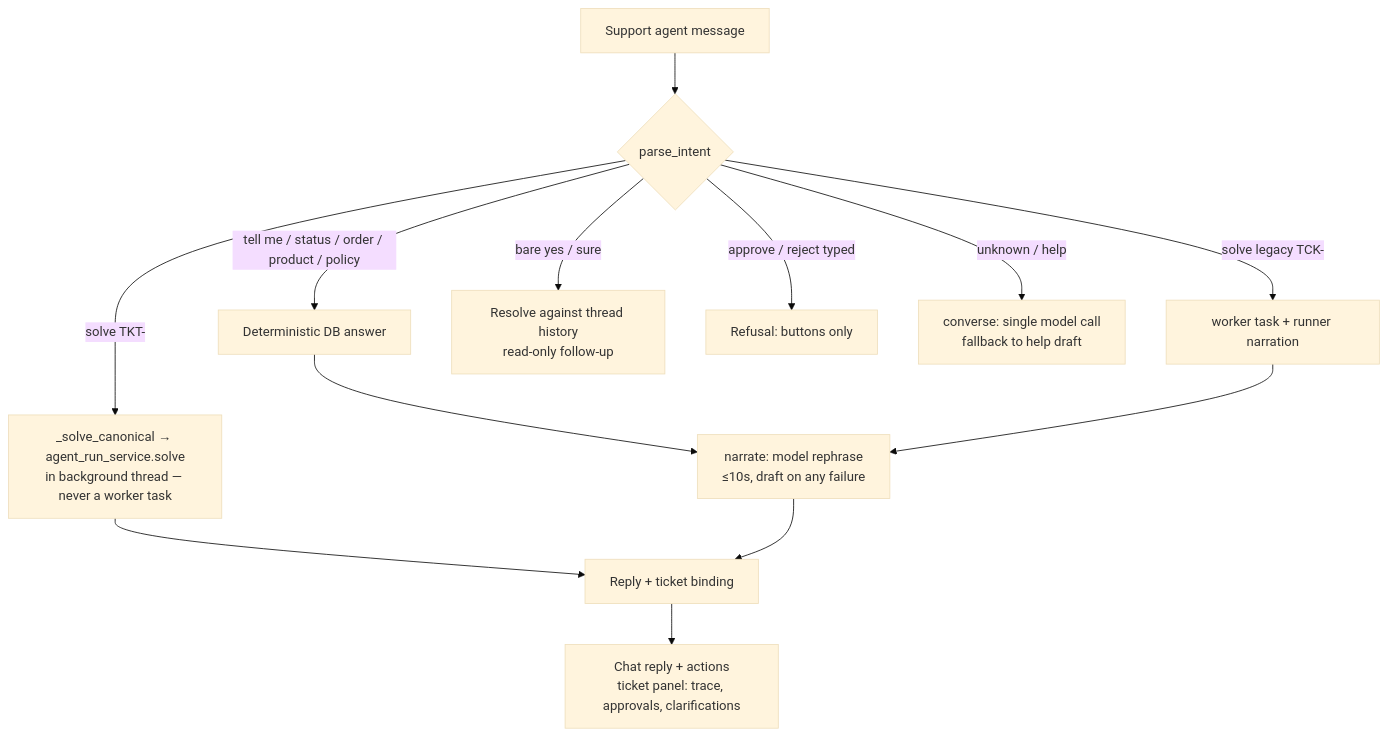
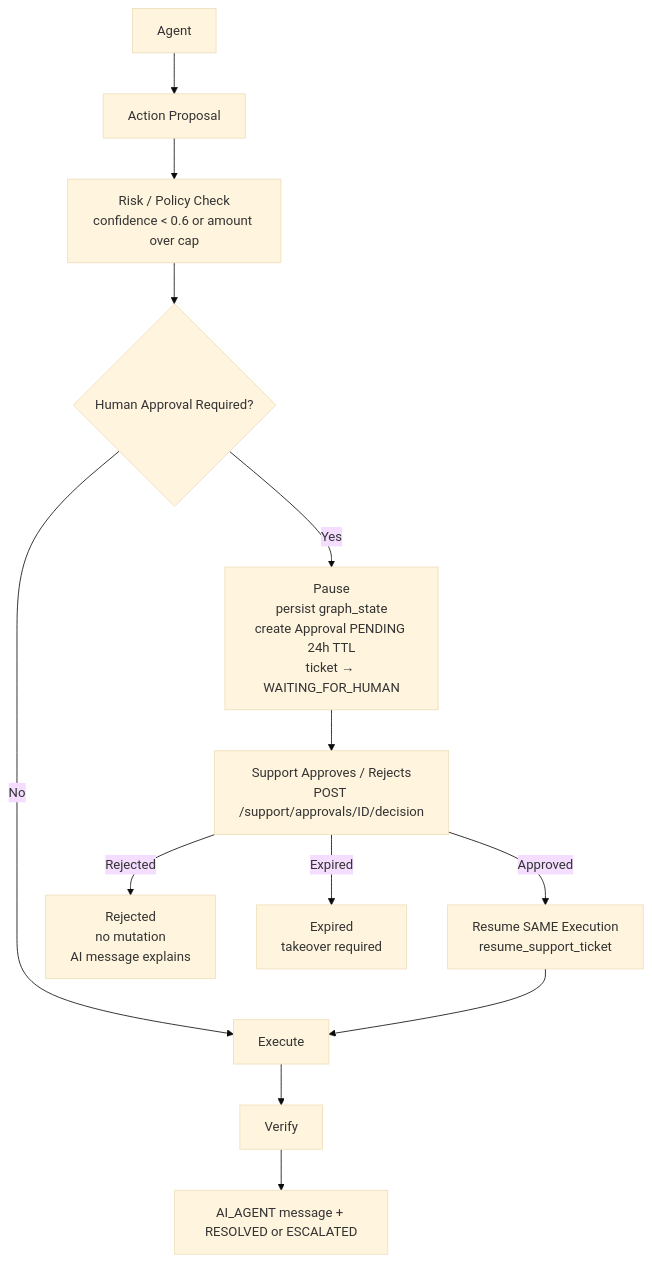
The third of 4 diagrams in README.md (bkk07/northstar-worker), drawn with Mermaid (base theme) before and after one commit. The commit also changed other lines of this file and 9 other files, not shown here.

````diff
--- a/README.md
+++ b/README.md
@@ -105,15 +140,15 @@
 ```mermaid
 flowchart TD
-    U[Support agent message] --> I{parse_intent}
-    I -->|solve TKT-| QC[_solve_canonical → agent_run_service.solve\nin background thread — never a worker task]
-    I -->|solve legacy TCK-| QW[worker task + runner narration]
-    I -->|tell me / status / order / product / policy| D[Deterministic DB answer]
-    I -->|bare yes / sure| CF[Resolve against thread history\nread-only follow-up]
-    I -->|approve / reject typed| RF[Refusal: buttons only]
-    I -->|unknown / help| CV[converse: single model call\nfallback to help draft]
-    D --> N[narrate: model rephrase\n≤10s, draft on any failure]
-    QW --> N
-    QC --> R[Reply + ticket binding]
-    N --> R
-    R --> UI2[Chat reply + actions\nticket panel: trace, approvals, clarifications]
+    AG[Agent] --> PROP[Action Proposal]
+    PROP --> RISK[Risk / Policy Check\nconfidence < 0.6 or amount over cap]
+    RISK --> H{Human Approval Required?}
+    H -->|No| EX[Execute]
+    H -->|Yes| PAUSE[Pause\npersist graph_state\ncreate Approval PENDING 24h TTL\nticket → WAITING_FOR_HUMAN]
+    PAUSE --> SUP[Support Approves / Rejects\nPOST /support/approvals/ID/decision]
+    SUP -->|Approved| RESUME[Resume SAME Execution\nresume_support_ticket]
+    SUP -->|Rejected| REJ[Rejected\nno mutation\nAI message explains]
+    SUP -->|Expired| EXP[Expired\ntakeover required]
+    RESUME --> EX
+    EX --> VER[Verify]
+    VER --> DONE[AI_AGENT message + RESOLVED or ESCALATED]
 ```
````
